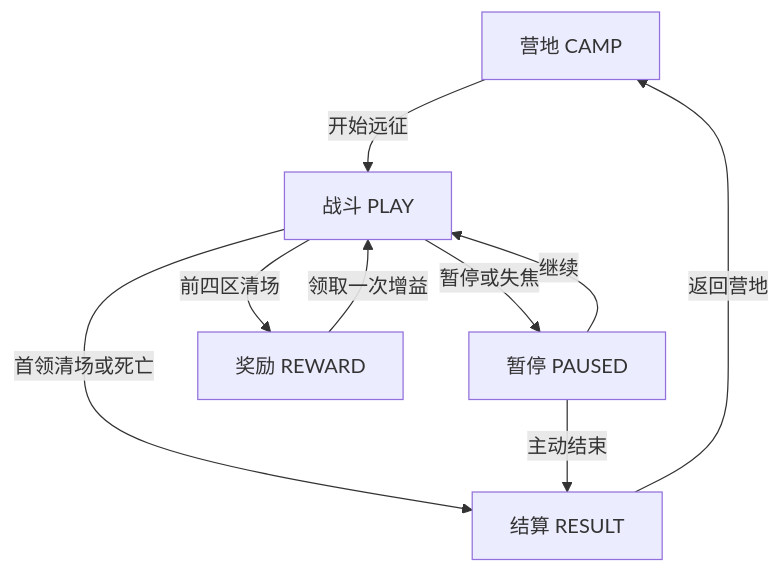
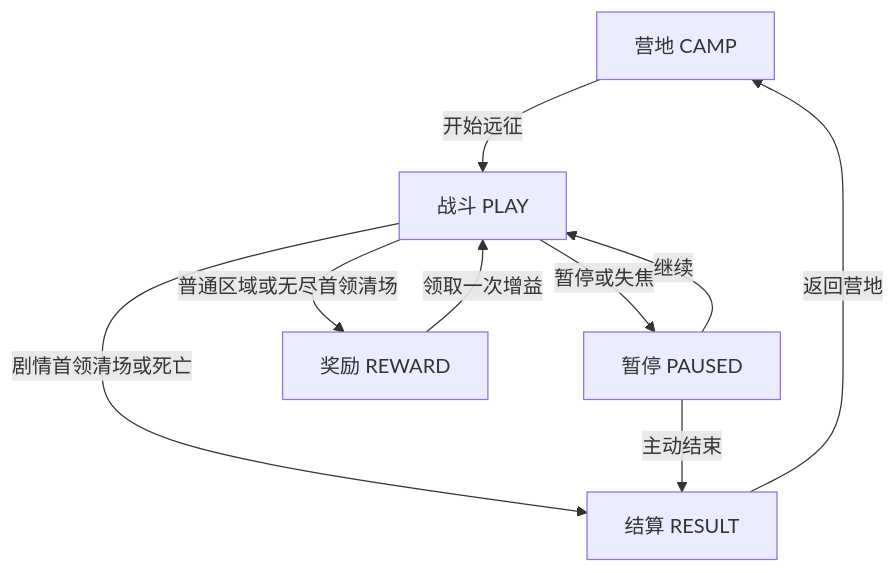
One commit to t192107011-rgb/wayfarer-rpg-kit changed the diagram in docs/DEVELOPMENT.md. Above: the diagram before and after it, drawn with Mermaid. The commit also changed other lines of this file and 24 other files, not shown here.

````diff
--- a/docs/DEVELOPMENT.md
+++ b/docs/DEVELOPMENT.md
@@ -54,11 +55,11 @@
 ```mermaid
 flowchart TD
     C[营地 CAMP] -->|开始远征| P[战斗 PLAY]
     P -->|暂停或失焦| S[暂停 PAUSED]
     S -->|继续| P
-    P -->|前四区清场| R[奖励 REWARD]
+    P -->|普通区域或无尽首领清场| R[奖励 REWARD]
     R -->|领取一次增益| P
-    P -->|首领清场或死亡| E[结算 RESULT]
+    P -->|剧情首领清场或死亡| E[结算 RESULT]
     S -->|主动结束| E
     E -->|返回营地| C
 ```
````
